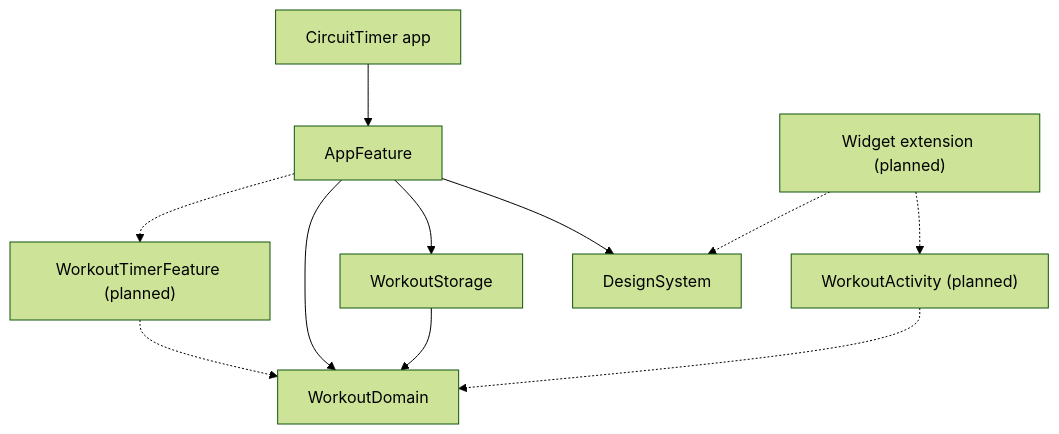
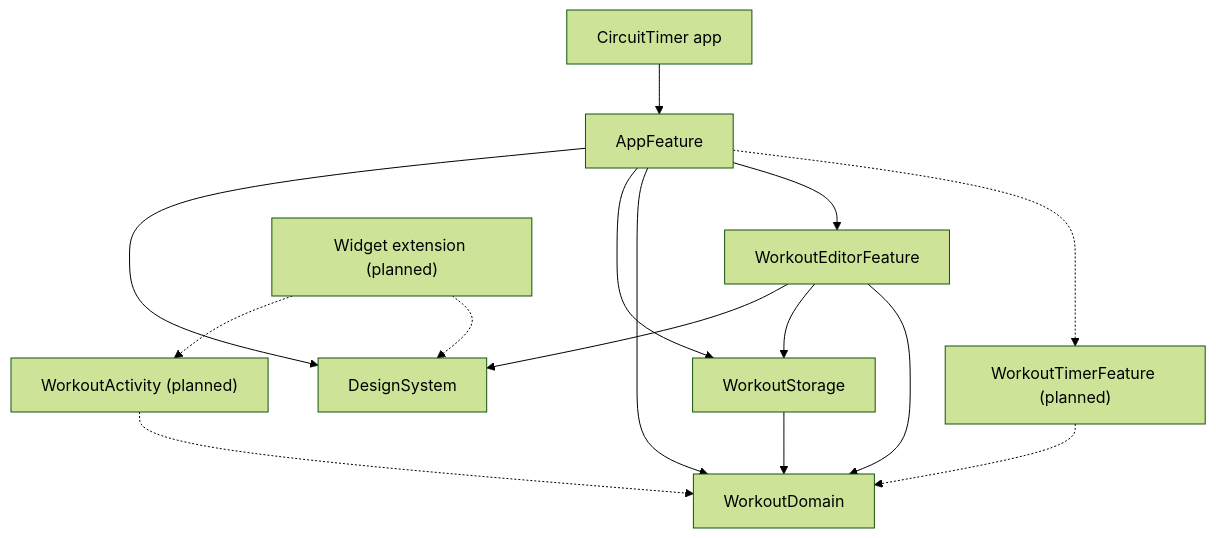
The diagram in README.md (akrementsov/CircuitTimer), drawn with Mermaid (forest theme) before and after one commit. The commit also changed other lines of this file and 38 other files, not shown here.

First line of the commit message:
CT-2: Workout list and editor with SwiftData (#3)

````diff
--- a/README.md
+++ b/README.md
@@ -22,13 +22,17 @@
 ```mermaid
 graph TD
     App["CircuitTimer app"] --> AppFeature
     AppFeature --> DesignSystem
     AppFeature --> WorkoutStorage
     AppFeature --> WorkoutDomain
+    AppFeature --> WorkoutEditorFeature
+    WorkoutEditorFeature --> DesignSystem
+    WorkoutEditorFeature --> WorkoutStorage
+    WorkoutEditorFeature --> WorkoutDomain
     WorkoutStorage --> WorkoutDomain
     AppFeature -.-> WorkoutTimerFeature["WorkoutTimerFeature (planned)"]
     WorkoutTimerFeature -.-> WorkoutDomain
     Widget["Widget extension (planned)"] -.-> WorkoutActivity["WorkoutActivity (planned)"]
     Widget -.-> DesignSystem
     WorkoutActivity -.-> WorkoutDomain
 ```
````
